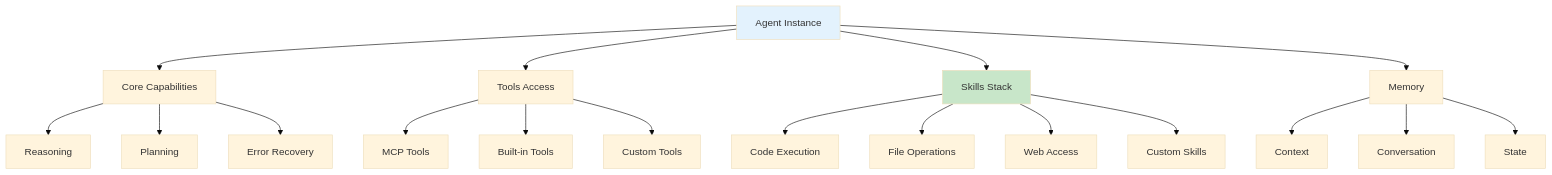
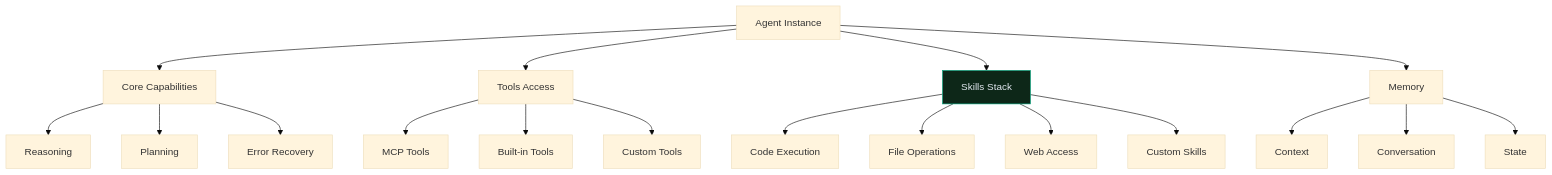
The first of 2 diagrams in docs/07_Agent-Skills.md (CagriCatik/claude-ollama-coder), drawn with Mermaid (base theme) before and after one commit. The commit also changed other lines of this file and 16 other files, not shown here.

````diff
--- a/docs/07_Agent-Skills.md
+++ b/docs/07_Agent-Skills.md
@@ -21,27 +22,26 @@
 ```mermaid
 graph TB
     A["Agent Instance"] --> B["Core Capabilities"]
     A --> C["Tools Access"]
     A --> D["Skills Stack"]
     A --> E["Memory"]
     
     B --> B1["Reasoning"]
     B --> B2["Planning"]
     B --> B3["Error Recovery"]
     
     C --> C1["MCP Tools"]
     C --> C2["Built-in Tools"]
     C --> C3["Custom Tools"]
     
     D --> D1["Code Execution"]
     D --> D2["File Operations"]
     D --> D3["Web Access"]
     D --> D4["Custom Skills"]
     
     E --> E1["Context"]
     E --> E2["Conversation"]
     E --> E3["State"]
     
-    style A fill:#e3f2fd
-    style D fill:#c8e6c9
+    style D fill:#0d2718,stroke:#00a67e,color:#e2e8f0
 ```
````
